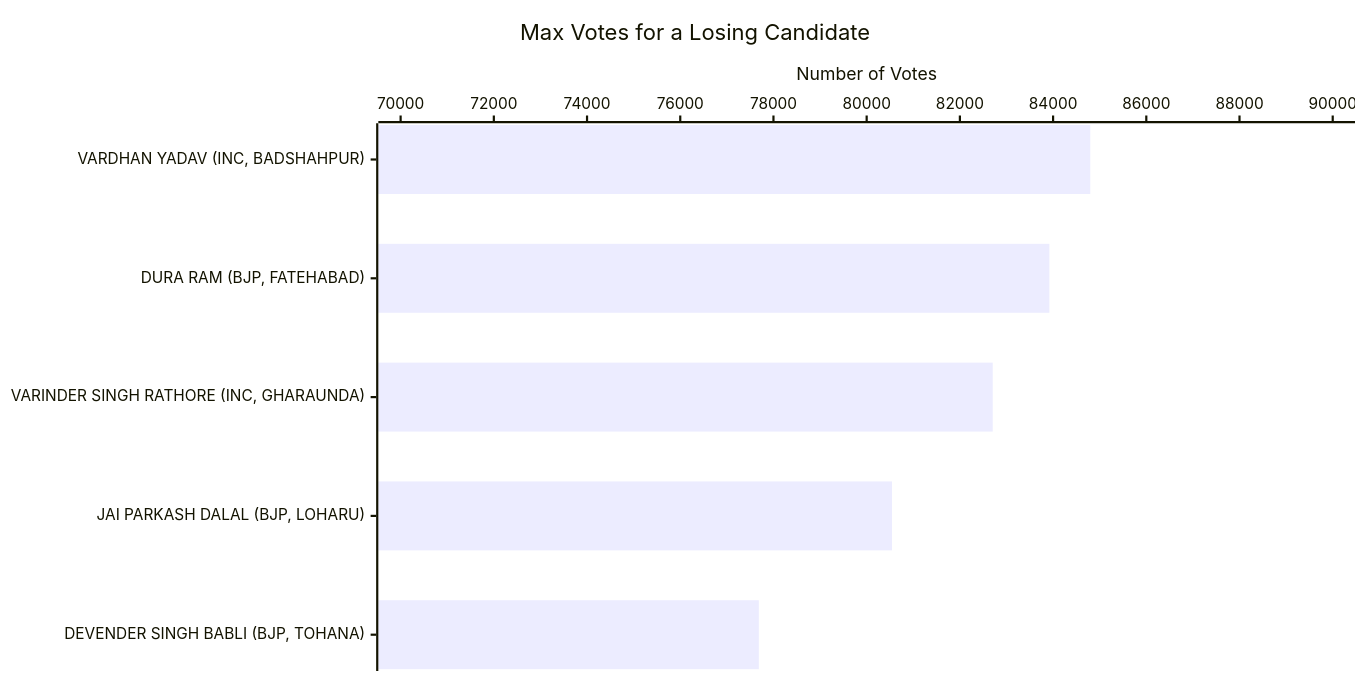
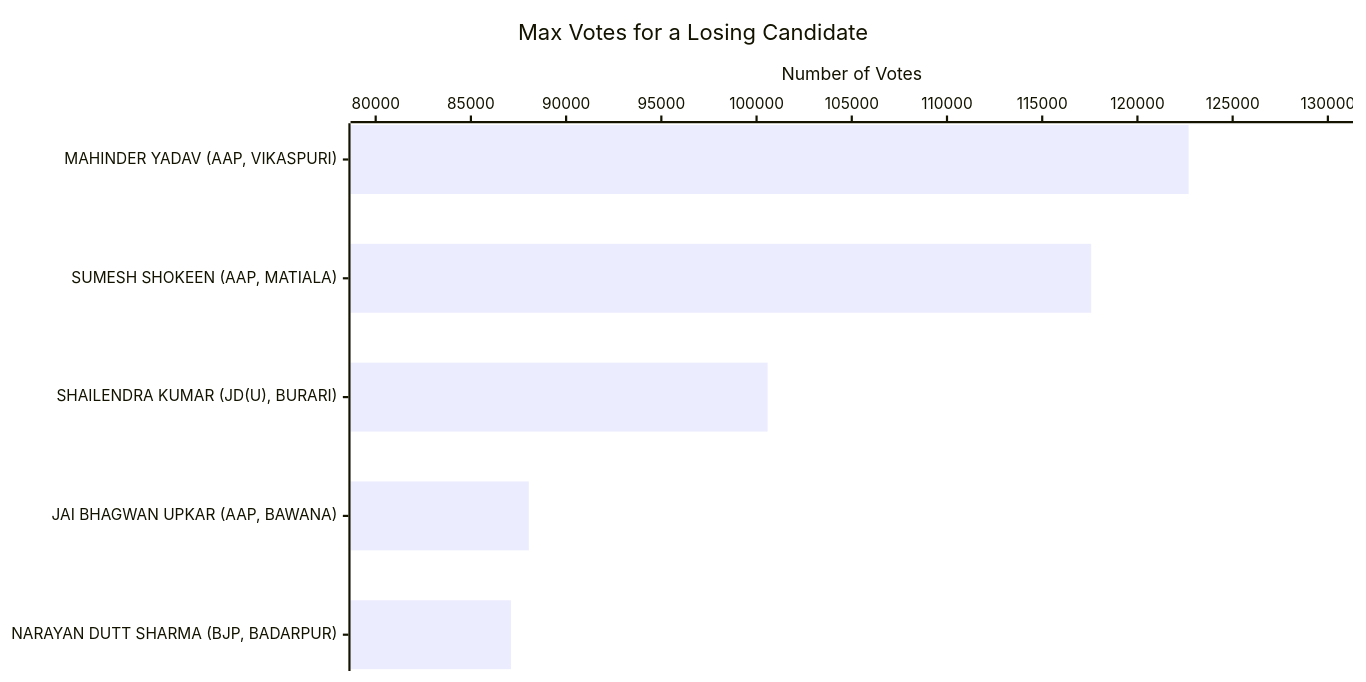
The fourth of 19 diagrams in NEWDELHI-GRAPH.md (arjunswaj/elections), drawn with Mermaid before and after one commit. The commit also changed other lines of this file, not shown here.

Commit message:
Updating the Graphical format

````diff
--- a/NEWDELHI-GRAPH.md
+++ b/NEWDELHI-GRAPH.md
@@ -98,14 +98,14 @@
 ```mermaid
 ---
 config:
     xyChart:
         width: 1200
         height: 600
         chartOrientation: horizontal
 ---
 xychart-beta
     title "Max Votes for a Losing Candidate"
-    x-axis ["VARDHAN YADAV (INC, BADSHAHPUR)", "DURA RAM (BJP, FATEHABAD)", "VARINDER SINGH RATHORE (INC, GHARAUNDA)", "JAI PARKASH DALAL (BJP, LOHARU)", "DEVENDER SINGH BABLI (BJP, TOHANA)"]
-    y-axis "Number of Votes" 70000 --> 90000
-    bar [84798, 83920, 82705, 80544, 77686]
+    x-axis ["MAHINDER YADAV (AAP, VIKASPURI)", "SUMESH SHOKEEN (AAP, MATIALA)", "SHAILENDRA KUMAR (JD(U), BURARI)", "JAI BHAGWAN UPKAR (AAP, BAWANA)", "NARAYAN DUTT SHARMA (BJP, BADARPUR)"]
+    y-axis "Number of Votes" 80000 --> 130000
+    bar [122688, 117572, 100580, 88040, 87103]
 ```
````
